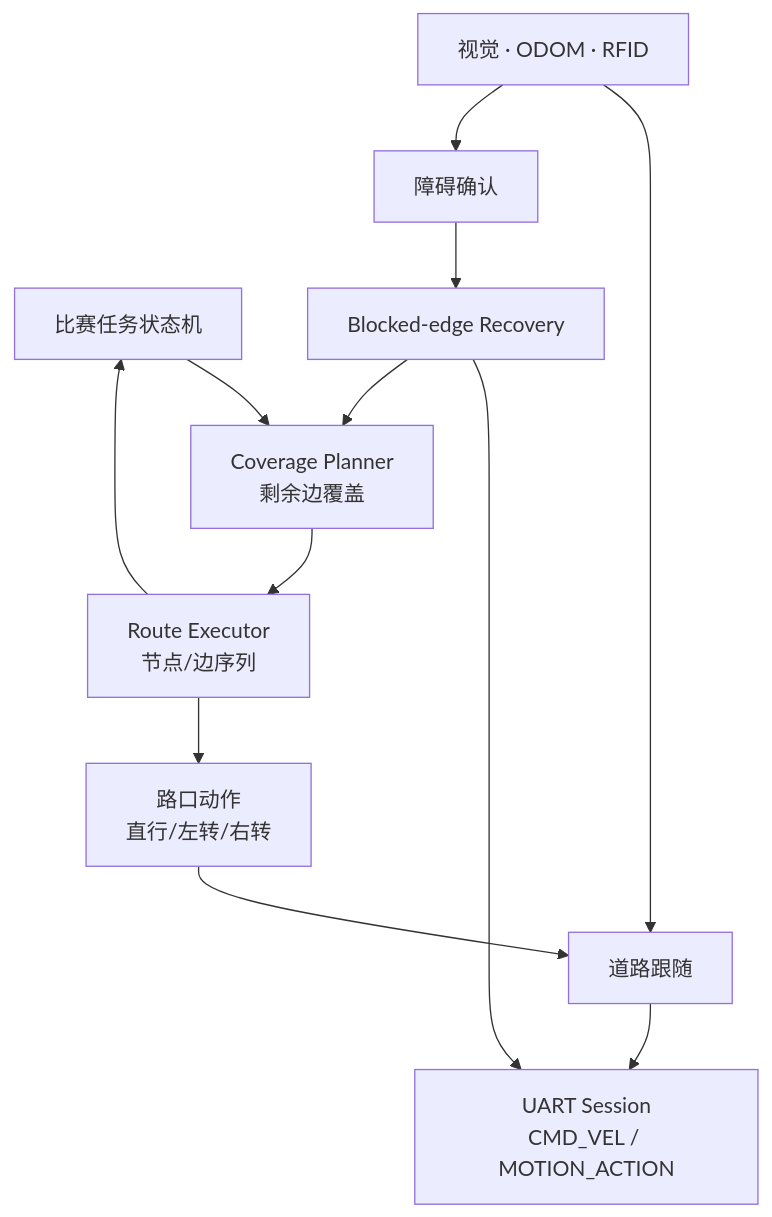
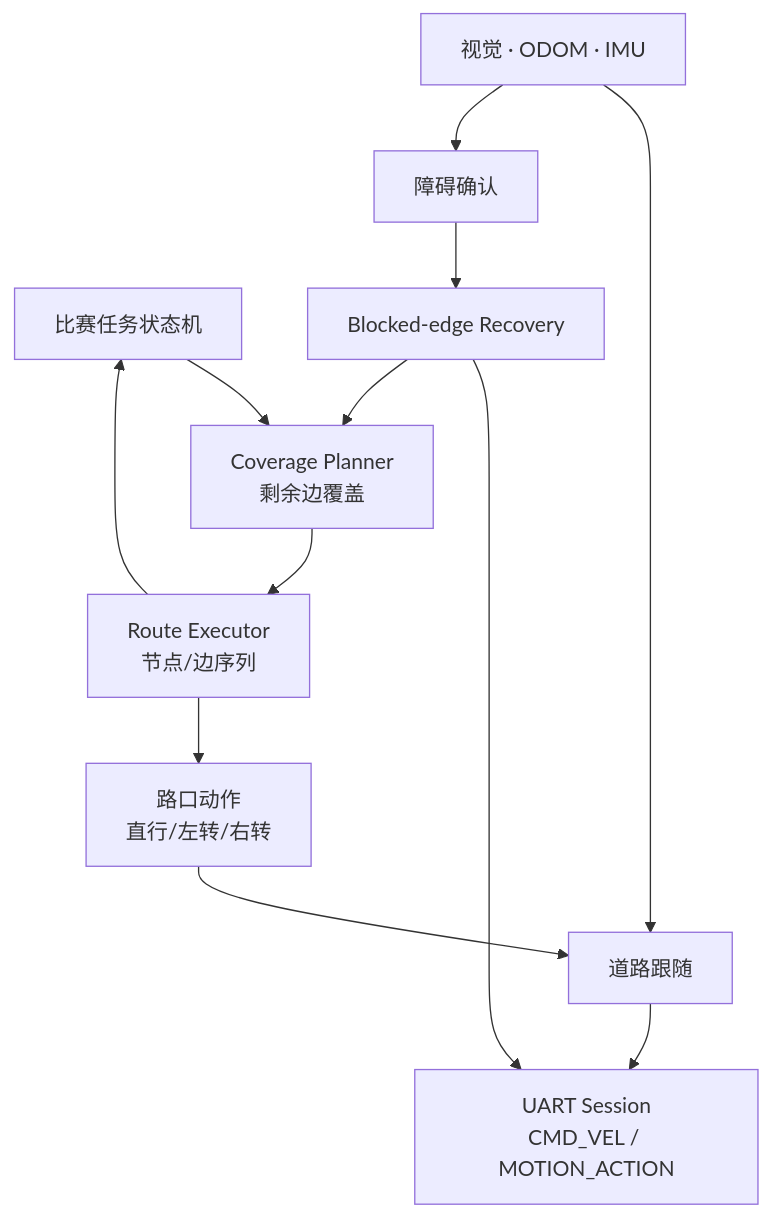
Before and after one commit to Louis-24000614/pi_upper: the first of 2 diagrams in docs/reference/navigation/postman-integration-plan.md, drawn with Mermaid. The commit also changed other lines of this file and 15 other files, not shown here.

````diff
--- a/docs/reference/navigation/postman-integration-plan.md
+++ b/docs/reference/navigation/postman-integration-plan.md
@@ -60,14 +60,14 @@
 ```mermaid
 flowchart TD
   mission["比赛任务状态机"] --> coverage["Coverage Planner<br/>剩余边覆盖"]
   coverage --> route["Route Executor<br/>节点/边序列"]
   route --> maneuver["路口动作<br/>直行/左转/右转"]
   maneuver --> follow["道路跟随"]
   follow --> uart["UART Session<br/>CMD_VEL / MOTION_ACTION"]
-  sensors["视觉 · ODOM · RFID"] --> follow
+  sensors["视觉 · ODOM · IMU"] --> follow
   sensors --> obstacle["障碍确认"]
   obstacle --> recovery["Blocked-edge Recovery"]
   recovery --> uart
   recovery --> coverage
   route --> mission
 ```
````
